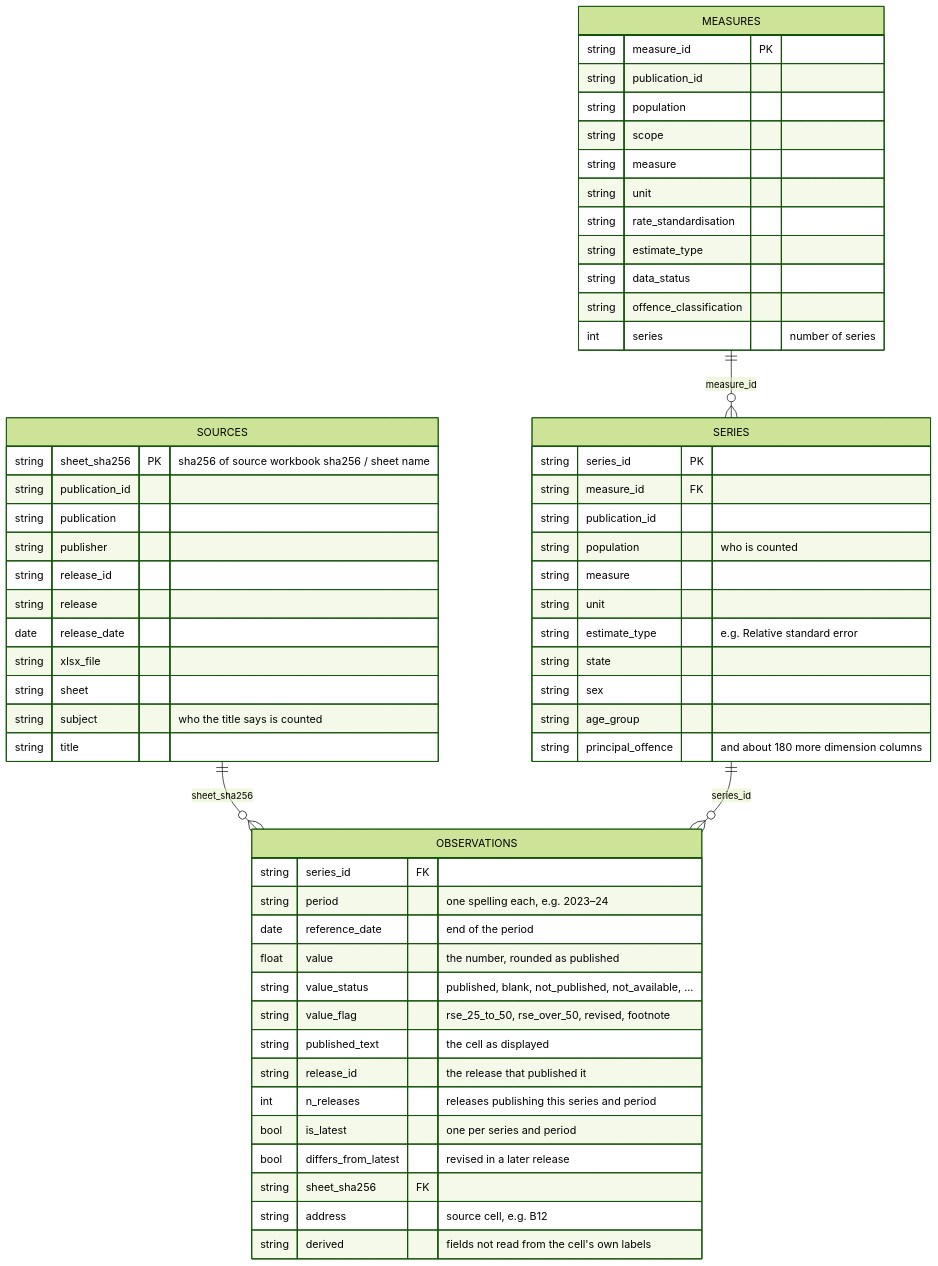
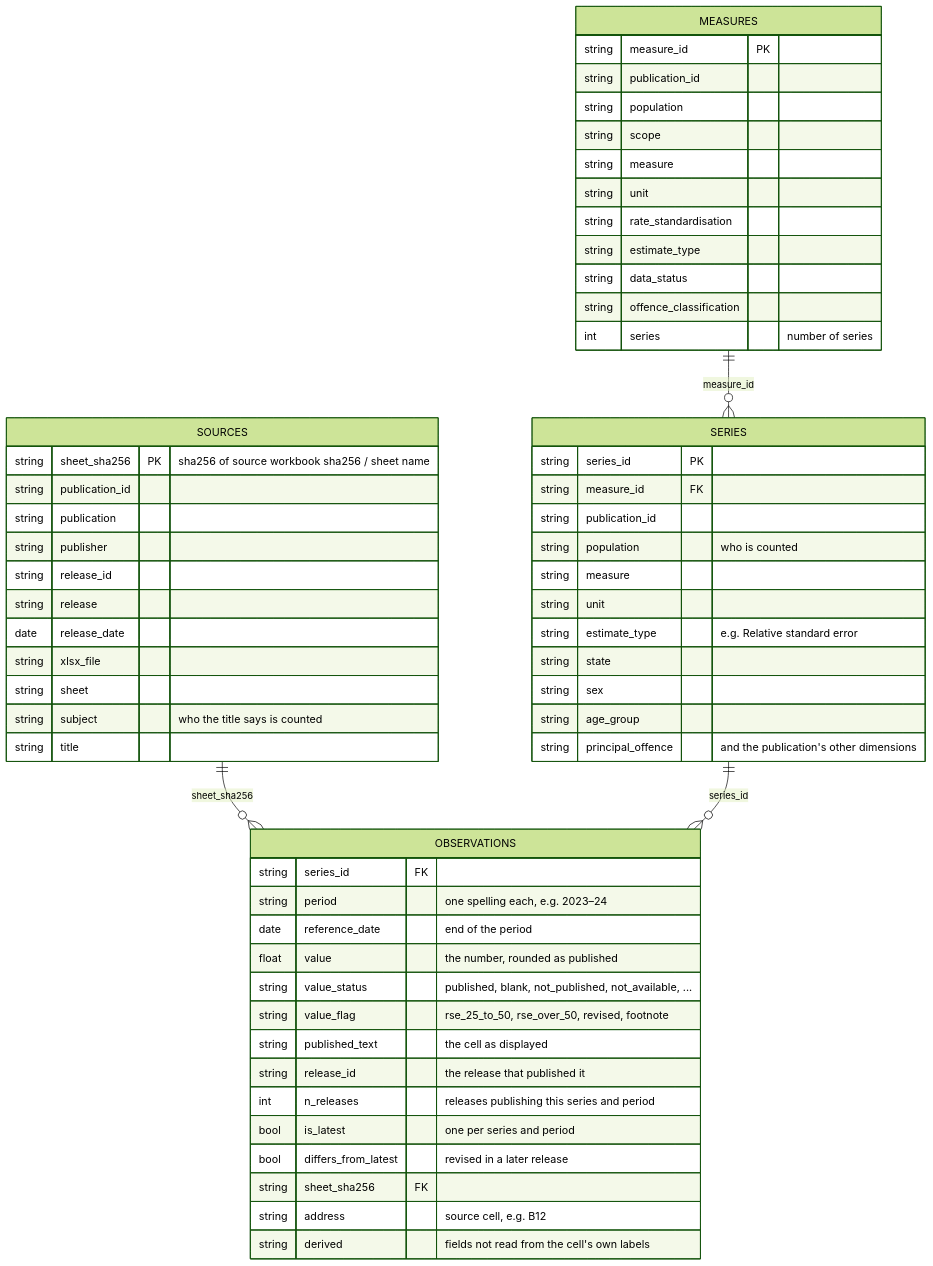
Before and after one commit to ianmoran11/tidy-pipeline: the first of 2 diagrams in README.md, drawn with Mermaid (forest theme). The commit also changed other lines of this file and 1992 other files, not shown here.

````diff
--- a/README.md
+++ b/README.md
@@ -26,62 +26,62 @@
 ```mermaid
 erDiagram
     SOURCES ||--o{ OBSERVATIONS : "sheet_sha256"
     SERIES ||--o{ OBSERVATIONS : "series_id"
     MEASURES ||--o{ SERIES : "measure_id"
 
     OBSERVATIONS {
         string series_id FK
         string period "one spelling each, e.g. 2023–24"
         date reference_date "end of the period"
         float value "the number, rounded as published"
         string value_status "published, blank, not_published, not_available, ..."
         string value_flag "rse_25_to_50, rse_over_50, revised, footnote"
         string published_text "the cell as displayed"
         string release_id "the release that published it"
         int n_releases "releases publishing this series and period"
         bool is_latest "one per series and period"
         bool differs_from_latest "revised in a later release"
         string sheet_sha256 FK
         string address "source cell, e.g. B12"
         string derived "fields not read from the cell's own labels"
     }
     SERIES {
         string series_id PK
         string measure_id FK
         string publication_id
         string population "who is counted"
         string measure
         string unit
         string estimate_type "e.g. Relative standard error"
         string state
         string sex
         string age_group
-        string principal_offence "and about 180 more dimension columns"
+        string principal_offence "and the publication's other dimensions"
     }
     MEASURES {
         string measure_id PK
         string publication_id
         string population
         string scope
         string measure
         string unit
         string rate_standardisation
         string estimate_type
         string data_status
         string offence_classification
         int series "number of series"
     }
     SOURCES {
         string sheet_sha256 PK "sha256 of source workbook sha256 / sheet name"
         string publication_id
         string publication
         string publisher
         string release_id
         string release
         date release_date
         string xlsx_file
         string sheet
         string subject "who the title says is counted"
         string title
     }
 ```
````
